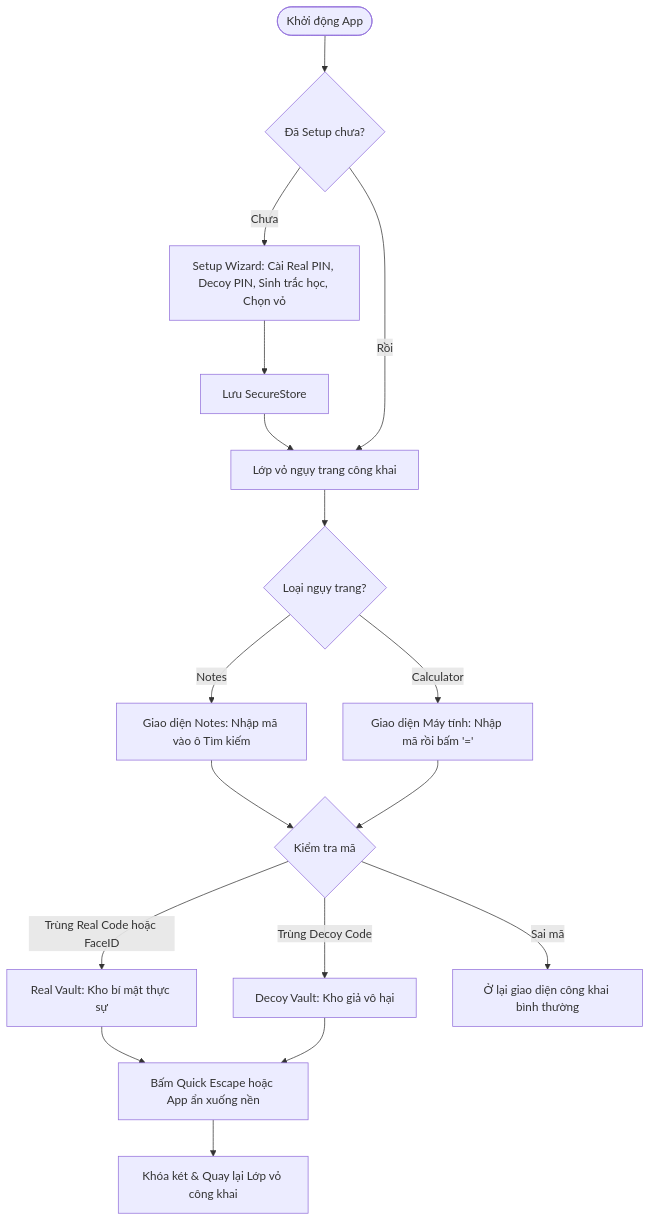
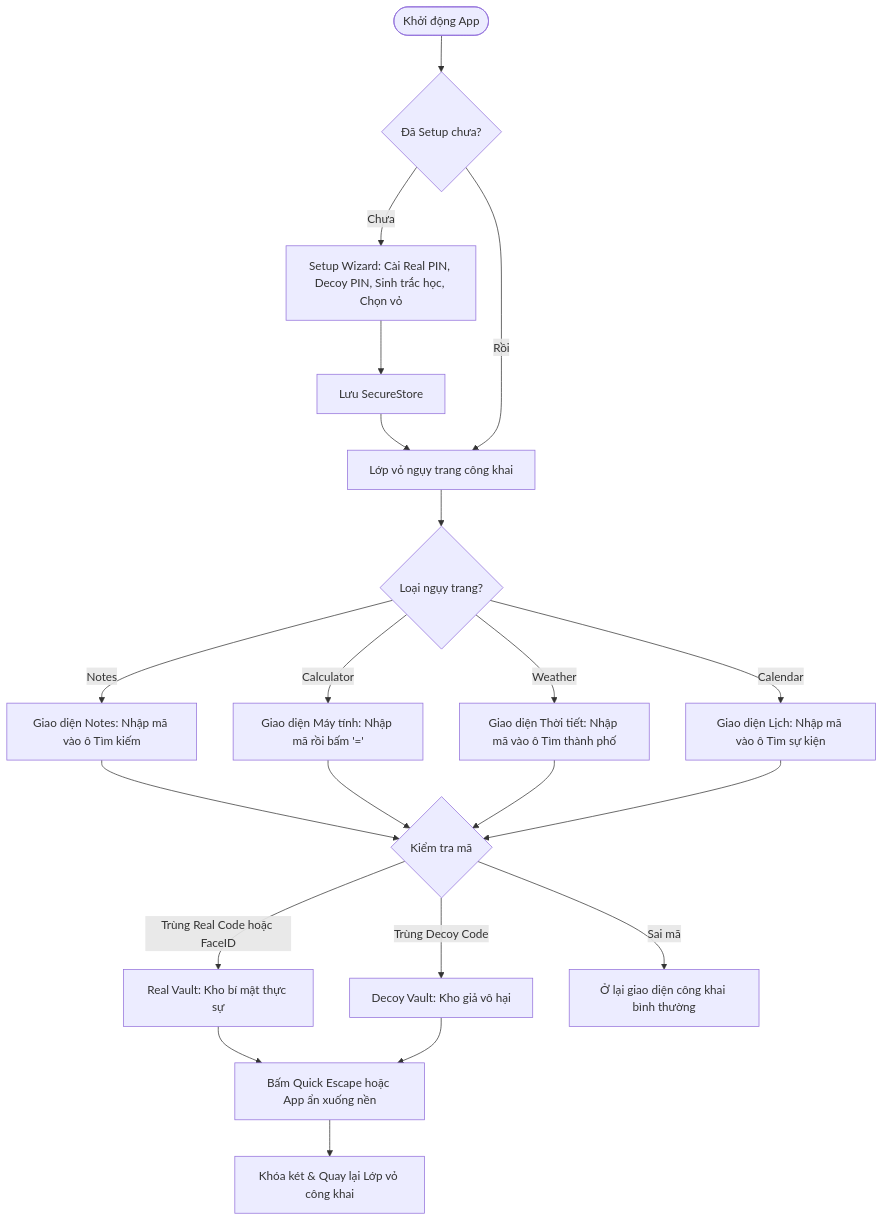
One commit to nguyen20050303-svg/EXE2 changed the diagram in APP_OVERVIEW.md. Above: the diagram before and after it, drawn with Mermaid. The commit also changed other lines of this file and 34 other files, not shown here.

````diff
--- a/APP_OVERVIEW.md
+++ b/APP_OVERVIEW.md
@@ -75,22 +77,26 @@
 ```mermaid
 flowchart TD
     Start([Khởi động App]) --> CheckSetup{Đã Setup chưa?}
     CheckSetup -- Chưa --> Wizard[Setup Wizard: Cài Real PIN, Decoy PIN, Sinh trắc học, Chọn vỏ]
     Wizard --> SaveConfig[Lưu SecureStore] --> PublicShell
 
     CheckSetup -- Rồi --> PublicShell[Lớp vỏ ngụy trang công khai]
 
     PublicShell --> ModeSelect{Loại ngụy trang?}
     ModeSelect -- Notes --> NoteScreen[Giao diện Notes: Nhập mã vào ô Tìm kiếm]
     ModeSelect -- Calculator --> CalcScreen[Giao diện Máy tính: Nhập mã rồi bấm '=']
+    ModeSelect -- Weather --> WeatherScr[Giao diện Thời tiết: Nhập mã vào ô Tìm thành phố]
+    ModeSelect -- Calendar --> CalendarScr[Giao diện Lịch: Nhập mã vào ô Tìm sự kiện]
 
     NoteScreen --> AuthCheck{Kiểm tra mã}
     CalcScreen --> AuthCheck
+    WeatherScr --> AuthCheck
+    CalendarScr --> AuthCheck
 
     AuthCheck -- Trùng Real Code hoặc FaceID --> RealVault[Real Vault: Kho bí mật thực sự]
     AuthCheck -- Trùng Decoy Code --> DecoyVault[Decoy Vault: Kho giả vô hại]
     AuthCheck -- Sai mã --> ContinuePublic[Ở lại giao diện công khai bình thường]
 
     RealVault --> QuickEscape[Bấm Quick Escape hoặc App ẩn xuống nền] --> Lock[Khóa két & Quay lại Lớp vỏ công khai]
     DecoyVault --> QuickEscape
 ```
````
